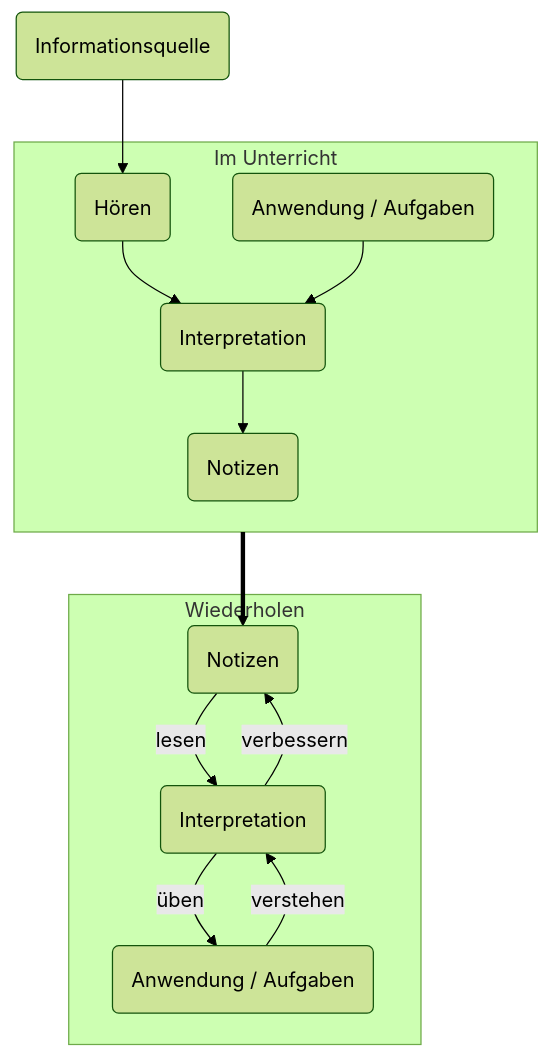
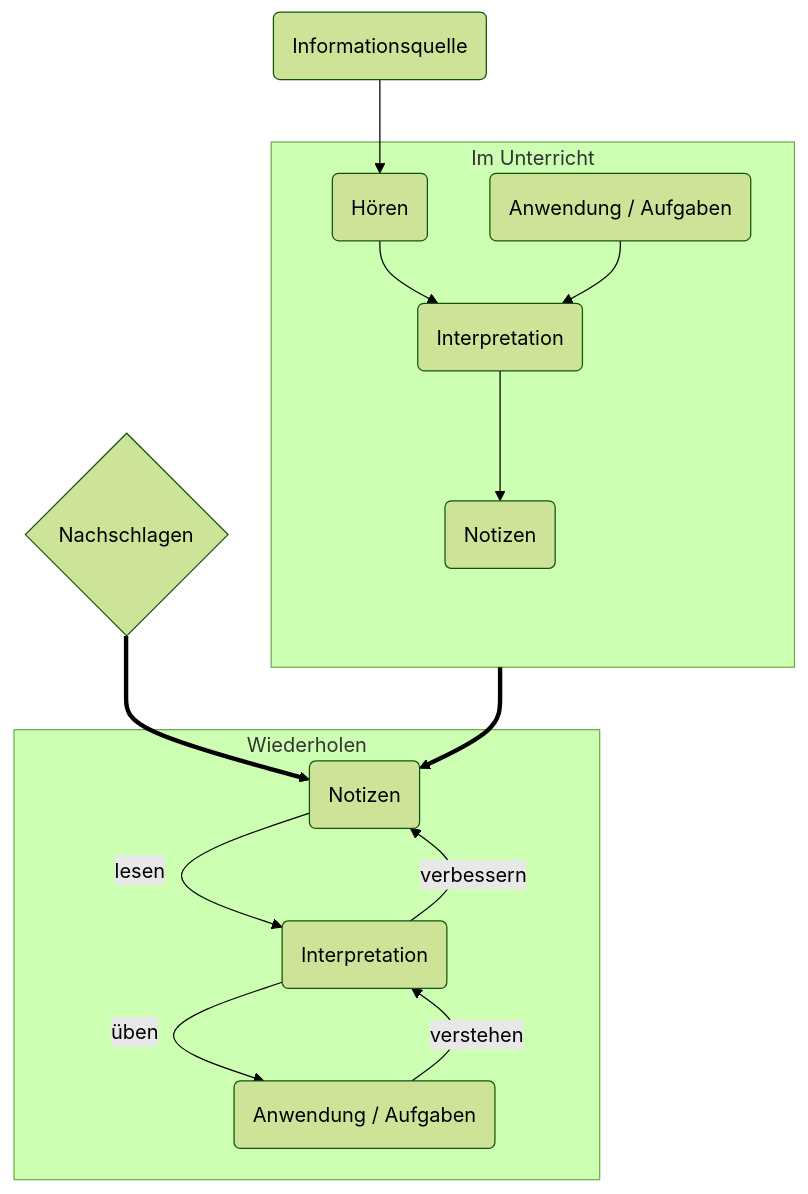
Before and after one commit to julianstoerig/zettelkasten: the diagram in 📝 - Arbeitsplatz/Aufschlüsselung der Effekte von Notizen.md, drawn with Mermaid (forest theme). The commit also changed 1 other file, not shown here.

Commit message:
automatic version-control: 2021-01-15 18:39:18

````diff
--- a/📝 - Arbeitsplatz/Aufschlüsselung der Effekte von Notizen.md
+++ b/📝 - Arbeitsplatz/Aufschlüsselung der Effekte von Notizen.md
@@ -1,30 +1,30 @@
 ```mermaid
 flowchart TB
 
 Iq(Informationsquelle)
 N(Notizen)
 H(Hören)
 I(Interpretation)
 A(Anwendung / Aufgaben)
 N2(Notizen)
 I2(Interpretation)
 A2(Anwendung / Aufgaben)
 Iq --> H
 
-
+Na{Nachschlagen} ==> N2
 
 subgraph Ps[Im Unterricht]
 	H --> I
 	A --> I
 	I --> N
 end
 
 subgraph Pt[Wiederholen]
 	N2 -->|lesen| I2
 	I2 -->|üben| A2
 	I2 -->|verbessern| N2
 	A2 -->|verstehen| I2
 end
 
 Ps ==> N2
 ```
````
